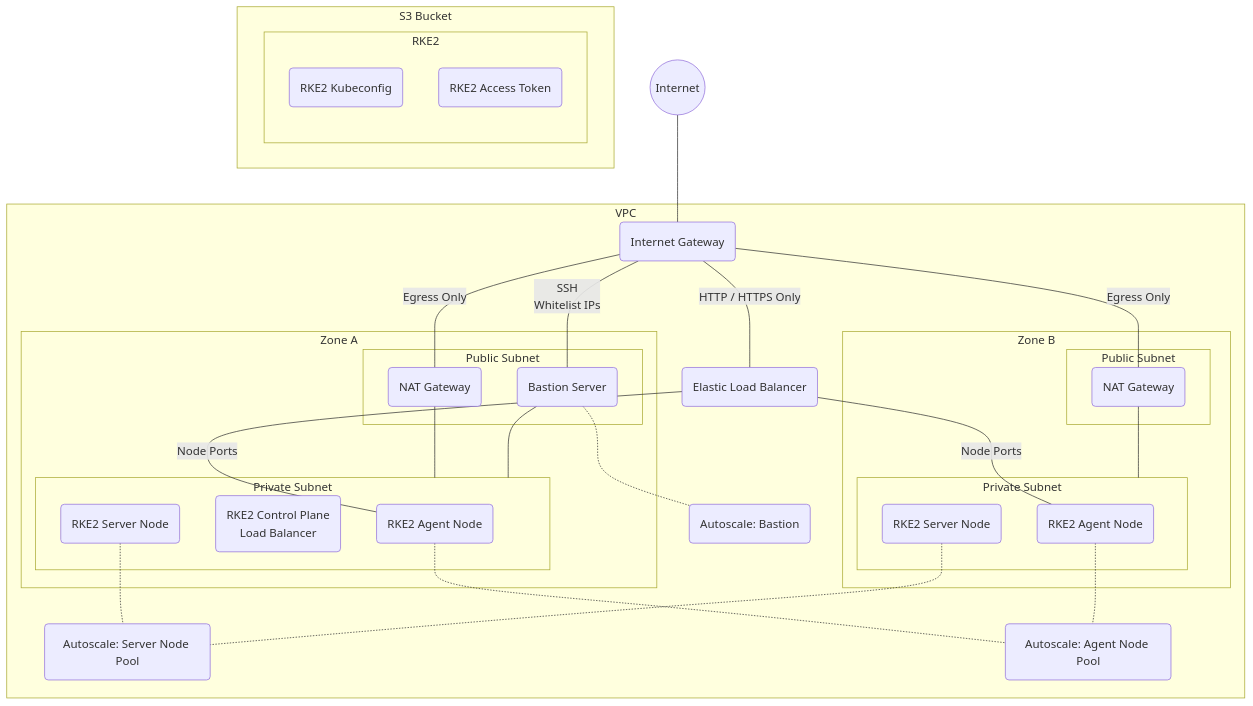
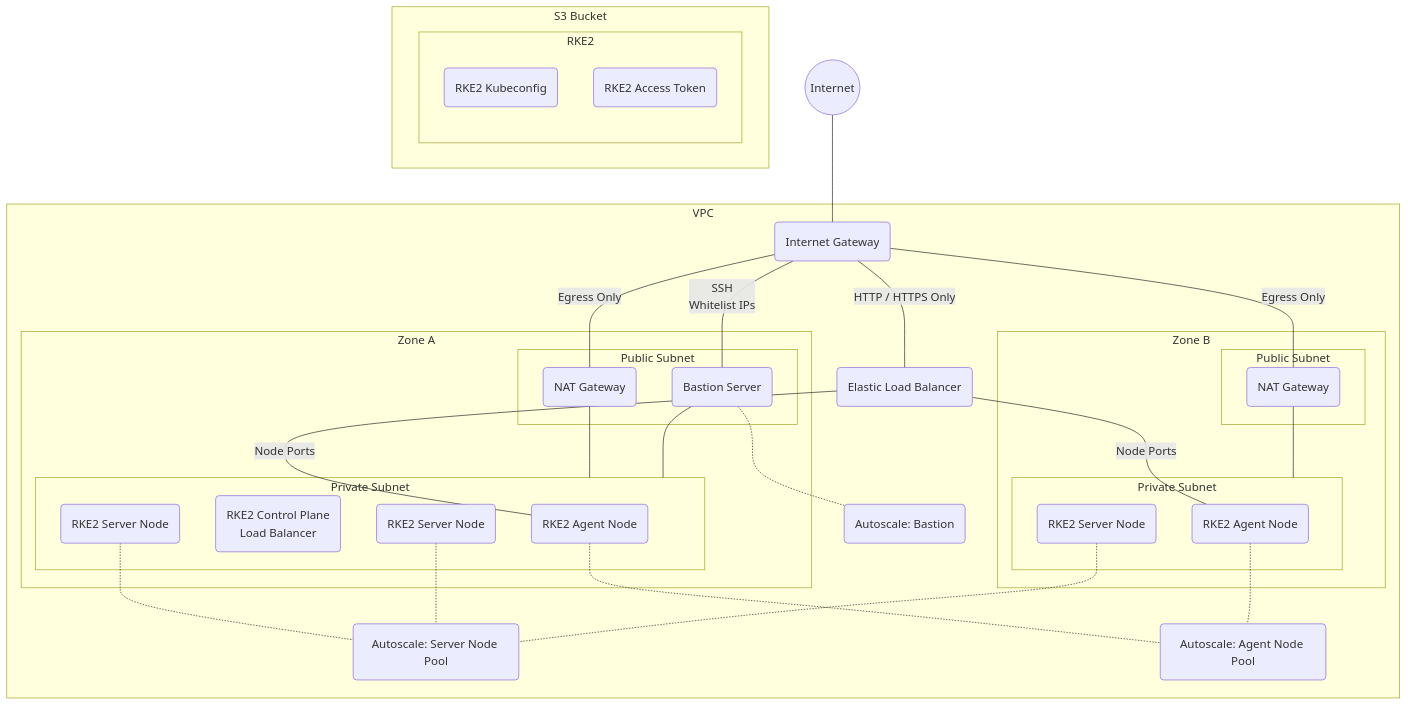
The diagram in terraform/README.md (bcdurden/azure_bigbang), drawn with Mermaid before and after one commit. The commit also changed other lines of this file and 4 other files, not shown here.

````diff
--- a/terraform/README.md
+++ b/terraform/README.md
@@ -211,52 +212,53 @@
 ```mermaid
 flowchart TD;
 
 internet((Internet)) --- igw
 
 subgraph VPC
   igw(Internet Gateway) ---|HTTP / HTTPS Only| elb
 
   igw(Internet Gateway) ---|SSH\nWhitelist IPs| jump
   igw(Internet Gateway) ---|Egress Only| nat1 & nat2
 
   elb(Elastic Load Balancer) ---|Node Ports| a1 & a2
 
   jump -.- bscale(Autoscale: Bastion)
 
   subgraph za [Zone A]
     nat1 --- zapriv
     jump --- zapriv
     subgraph zapub [Public Subnet]
       nat1(NAT Gateway)
       jump(Bastion Server)
     end
     subgraph zapriv [Private Subnet]
       cp(RKE2 Control Plane\nLoad Balancer)
       s1(RKE2 Server Node)
+      s3(RKE2 Server Node)
       a1(RKE2 Agent Node)
     end
   end
 
   subgraph zb [Zone B]
     nat2 --- zbpriv
     subgraph zbpub [Public Subnet]
       nat2(NAT Gateway)
     end
     subgraph zbpriv [Private Subnet]
       s2(RKE2 Server Node)
       a2(RKE2 Agent Node)
     end
   end
 
-  s1 & s2 -.- sscale(Autoscale: Server Node Pool)
+  s1 & s3 & s2 -.- sscale(Autoscale: Server Node Pool)
   a1 & a2 -.- ascale(Autoscale: Agent Node Pool)
 
 end
 
 subgraph store [S3 Bucket]
   subgraph RKE2
     yaml(RKE2 Kubeconfig)
     token(RKE2 Access Token)
   end
 end
 ```
````
